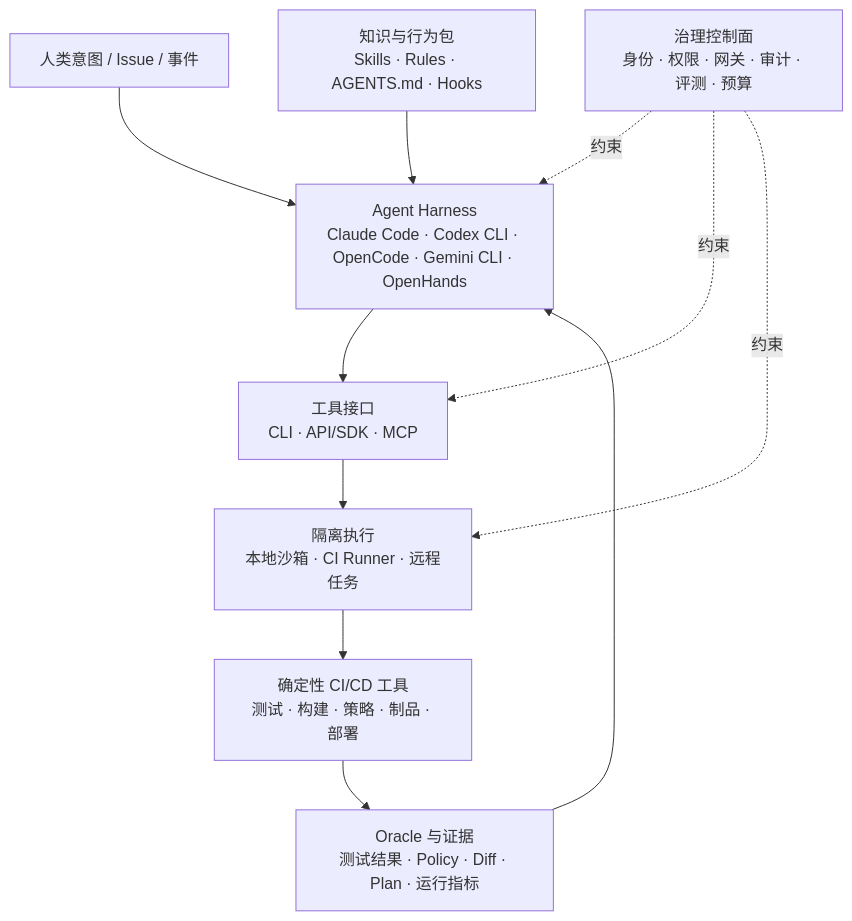
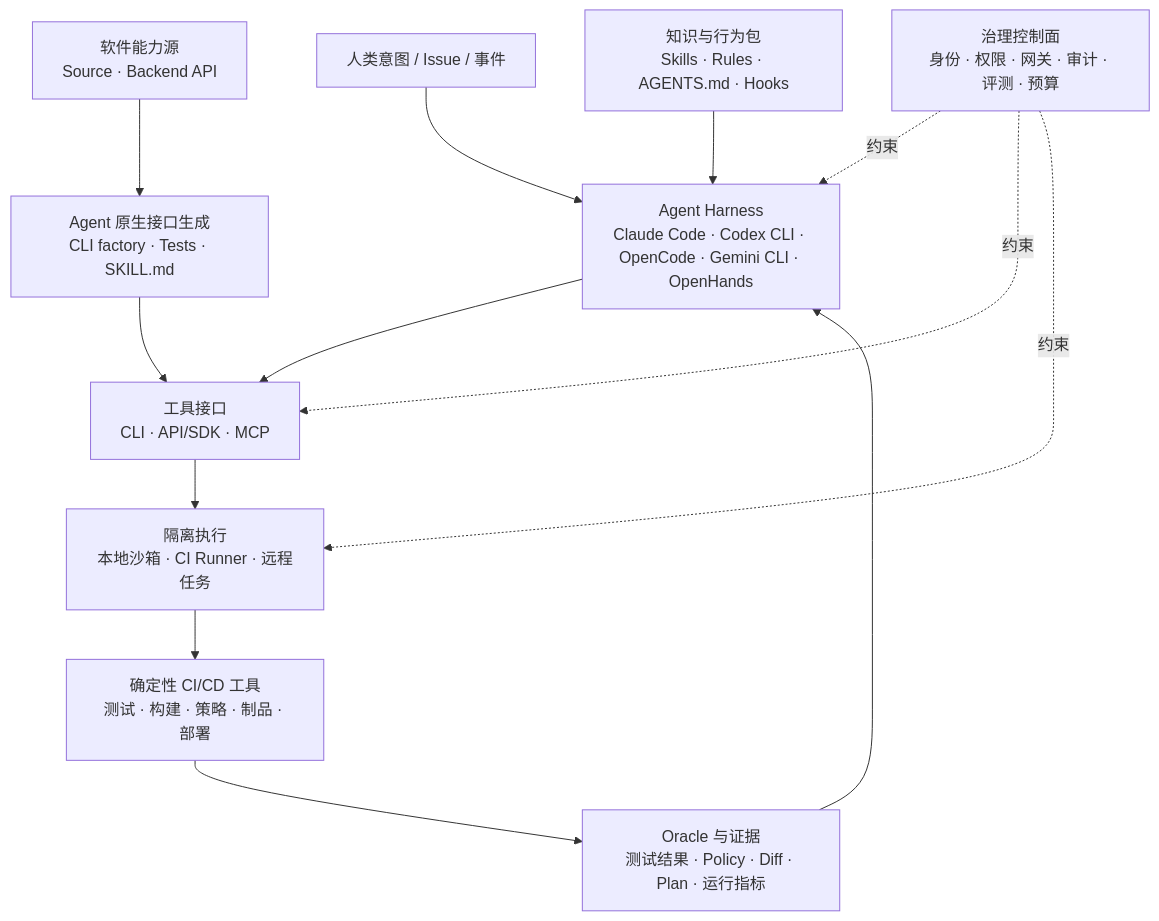
One commit to dicoeeee/CICDInsight changed the diagram in 10_summaries/tools/README.md. Above: the diagram before and after it, drawn with Mermaid. The commit also changed other lines of this file and 54 other files, not shown here.

````diff
--- a/10_summaries/tools/README.md
+++ b/10_summaries/tools/README.md
@@ -30,13 +30,15 @@
 ```mermaid
 flowchart TB
   H["人类意图 / Issue / 事件"] --> A["Agent Harness<br/>Claude Code · Codex CLI · OpenCode · Gemini CLI · OpenHands"]
   K["知识与行为包<br/>Skills · Rules · AGENTS.md · Hooks"] --> A
   A --> I["工具接口<br/>CLI · API/SDK · MCP"]
+  S["软件能力源<br/>Source · Backend API"] --> G["Agent 原生接口生成<br/>CLI factory · Tests · SKILL.md"]
+  G --> I
   I --> R["隔离执行<br/>本地沙箱 · CI Runner · 远程任务"]
   R --> D["确定性 CI/CD 工具<br/>测试 · 构建 · 策略 · 制品 · 部署"]
   D --> E["Oracle 与证据<br/>测试结果 · Policy · Diff · Plan · 运行指标"]
   E --> A
   C["治理控制面<br/>身份 · 权限 · 网关 · 审计 · 评测 · 预算"] -.约束.-> A
   C -.约束.-> I
   C -.约束.-> R
 ```
````
